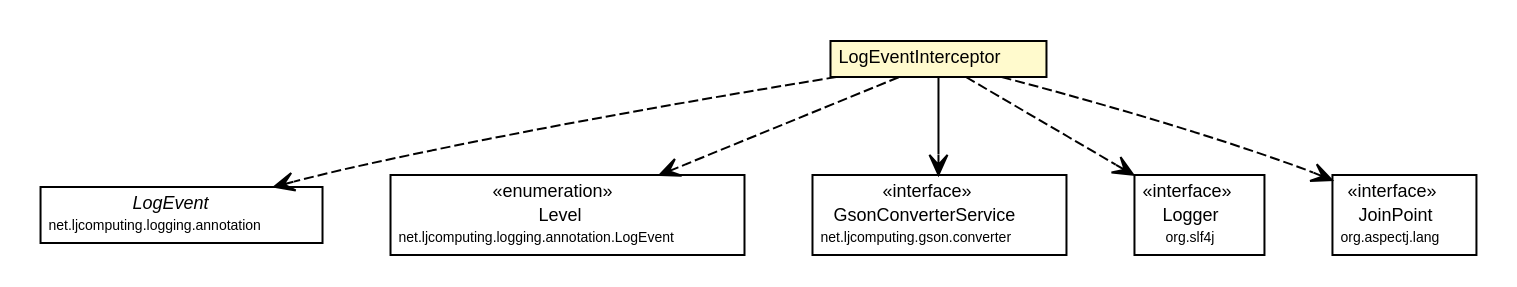
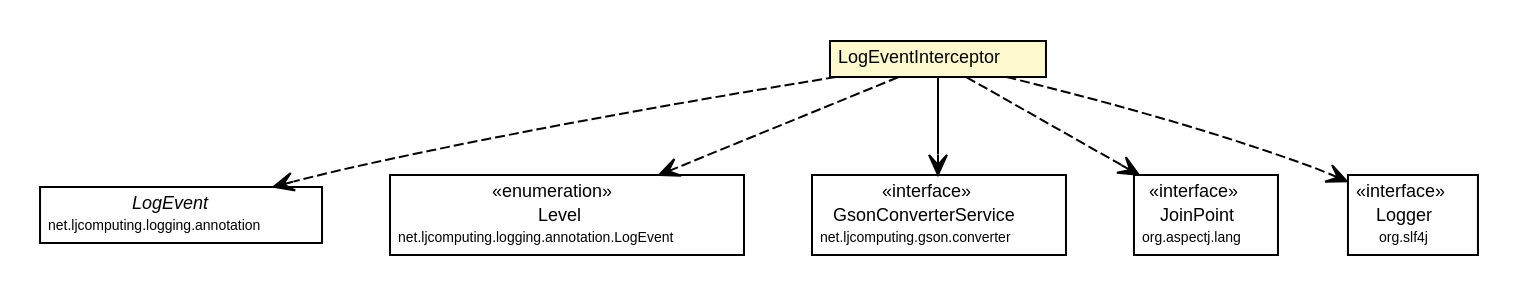
Before and after one commit to willmorejg/net.ljcomputing.logging: the diagram in docs/javadoc/apidocs/net/ljcomputing/logging/LogEventInterceptor.dot, drawn with Graphviz. The commit also changed 46 other files, not shown here.

```diff
--- a/docs/javadoc/apidocs/net/ljcomputing/logging/LogEventInterceptor.dot
+++ b/docs/javadoc/apidocs/net/ljcomputing/logging/LogEventInterceptor.dot
@@ -1,67 +1,67 @@
 #!/usr/local/bin/dot
 #
 # Class diagram 
 # Generated by UMLGraph version R5_6 (http://www.umlgraph.org/)
 #
 
 digraph G {
 	edge [fontname="Helvetica",fontsize=10,labelfontname="Helvetica",labelfontsize=10];
 	node [fontname="Helvetica",fontsize=10,shape=plaintext];
 	nodesep=0.25;
 	ranksep=0.5;
 	// net.ljcomputing.logging.LogEventInterceptor
 	c80 [label=<<table title="net.ljcomputing.logging.LogEventInterceptor" border="0" cellborder="1" cellspacing="0" cellpadding="2" port="p" bgcolor="lemonChiffon" href="./LogEventInterceptor.html">
 		<tr><td><table border="0" cellspacing="0" cellpadding="1">
 <tr><td align="center" balign="center"> LogEventInterceptor </td></tr>
 		</table></td></tr>
 		</table>>, URL="./LogEventInterceptor.html", fontname="Helvetica", fontcolor="black", fontsize=9.0];
 	// net.ljcomputing.logging.annotation.LogEvent
 	c82 [label=<<table title="net.ljcomputing.logging.annotation.LogEvent" border="0" cellborder="1" cellspacing="0" cellpadding="2" port="p" href="./annotation/LogEvent.html">
 		<tr><td><table border="0" cellspacing="0" cellpadding="1">
 <tr><td align="center" balign="center"><font face="Helvetica-Oblique"> LogEvent </font></td></tr>
 <tr><td align="center" balign="center"><font point-size="7.0"> net.ljcomputing.logging.annotation </font></td></tr>
 		</table></td></tr>
 		</table>>, URL="./annotation/LogEvent.html", fontname="Helvetica", fontcolor="black", fontsize=9.0];
 	// net.ljcomputing.logging.annotation.LogEvent.Level
 	c83 [label=<<table title="net.ljcomputing.logging.annotation.LogEvent.Level" border="0" cellborder="1" cellspacing="0" cellpadding="2" port="p" href="./annotation/LogEvent.Level.html">
 		<tr><td><table border="0" cellspacing="0" cellpadding="1">
 <tr><td align="center" balign="center"> &#171;enumeration&#187; </td></tr>
 <tr><td align="center" balign="center"> Level </td></tr>
 <tr><td align="center" balign="center"><font point-size="7.0"> net.ljcomputing.logging.annotation.LogEvent </font></td></tr>
 		</table></td></tr>
 		</table>>, URL="./annotation/LogEvent.Level.html", fontname="Helvetica", fontcolor="black", fontsize=9.0];
 	// net.ljcomputing.logging.LogEventInterceptor NAVASSOC net.ljcomputing.gson.converter.GsonConverterService
 	c80:p -> c86:p [taillabel="", label="", headlabel="", fontname="Helvetica", fontcolor="black", fontsize=10.0, color="black", arrowhead=open];
+	// net.ljcomputing.logging.LogEventInterceptor DEPEND org.aspectj.lang.JoinPoint
+	c80:p -> c87:p [taillabel="", label="", headlabel="", fontname="Helvetica", fontcolor="black", fontsize=10.0, color="black", arrowhead=open, style=dashed];
+	// net.ljcomputing.logging.LogEventInterceptor DEPEND net.ljcomputing.logging.annotation.LogEvent
+	c80:p -> c82:p [taillabel="", label="", headlabel="", fontname="Helvetica", fontcolor="black", fontsize=10.0, color="black", arrowhead=open, style=dashed];
 	// net.ljcomputing.logging.LogEventInterceptor DEPEND org.slf4j.Logger
-	c80:p -> c87:p [taillabel="", label="", headlabel="", fontname="Helvetica", fontcolor="black", fontsize=10.0, color="black", arrowhead=open, style=dashed];
-	// net.ljcomputing.logging.LogEventInterceptor DEPEND org.aspectj.lang.JoinPoint
 	c80:p -> c88:p [taillabel="", label="", headlabel="", fontname="Helvetica", fontcolor="black", fontsize=10.0, color="black", arrowhead=open, style=dashed];
 	// net.ljcomputing.logging.LogEventInterceptor DEPEND net.ljcomputing.logging.annotation.LogEvent.Level
 	c80:p -> c83:p [taillabel="", label="", headlabel="", fontname="Helvetica", fontcolor="black", fontsize=10.0, color="black", arrowhead=open, style=dashed];
-	// net.ljcomputing.logging.LogEventInterceptor DEPEND net.ljcomputing.logging.annotation.LogEvent
-	c80:p -> c82:p [taillabel="", label="", headlabel="", fontname="Helvetica", fontcolor="black", fontsize=10.0, color="black", arrowhead=open, style=dashed];
 	// org.slf4j.Logger
-	c87 [label=<<table title="org.slf4j.Logger" border="0" cellborder="1" cellspacing="0" cellpadding="2" port="p" href="http://java.sun.com/j2se/1.4.2/docs/api/org/slf4j/Logger.html">
+	c88 [label=<<table title="org.slf4j.Logger" border="0" cellborder="1" cellspacing="0" cellpadding="2" port="p" href="http://java.sun.com/j2se/1.4.2/docs/api/org/slf4j/Logger.html">
 		<tr><td><table border="0" cellspacing="0" cellpadding="1">
 <tr><td align="center" balign="center"> &#171;interface&#187; </td></tr>
 <tr><td align="center" balign="center"> Logger </td></tr>
 <tr><td align="center" balign="center"><font point-size="7.0"> org.slf4j </font></td></tr>
 		</table></td></tr>
 		</table>>, URL="http://java.sun.com/j2se/1.4.2/docs/api/org/slf4j/Logger.html", fontname="Helvetica", fontcolor="black", fontsize=9.0];
 	// net.ljcomputing.gson.converter.GsonConverterService
 	c86 [label=<<table title="net.ljcomputing.gson.converter.GsonConverterService" border="0" cellborder="1" cellspacing="0" cellpadding="2" port="p" href="http://java.sun.com/j2se/1.4.2/docs/api/net/ljcomputing/gson/converter/GsonConverterService.html">
 		<tr><td><table border="0" cellspacing="0" cellpadding="1">
 <tr><td align="center" balign="center"> &#171;interface&#187; </td></tr>
 <tr><td align="center" balign="center"> GsonConverterService </td></tr>
 <tr><td align="center" balign="center"><font point-size="7.0"> net.ljcomputing.gson.converter </font></td></tr>
 		</table></td></tr>
 		</table>>, URL="http://java.sun.com/j2se/1.4.2/docs/api/net/ljcomputing/gson/converter/GsonConverterService.html", fontname="Helvetica", fontcolor="black", fontsize=9.0];
 	// org.aspectj.lang.JoinPoint
-	c88 [label=<<table title="org.aspectj.lang.JoinPoint" border="0" cellborder="1" cellspacing="0" cellpadding="2" port="p" href="http://java.sun.com/j2se/1.4.2/docs/api/org/aspectj/lang/JoinPoint.html">
+	c87 [label=<<table title="org.aspectj.lang.JoinPoint" border="0" cellborder="1" cellspacing="0" cellpadding="2" port="p" href="http://java.sun.com/j2se/1.4.2/docs/api/org/aspectj/lang/JoinPoint.html">
 		<tr><td><table border="0" cellspacing="0" cellpadding="1">
 <tr><td align="center" balign="center"> &#171;interface&#187; </td></tr>
 <tr><td align="center" balign="center"> JoinPoint </td></tr>
 <tr><td align="center" balign="center"><font point-size="7.0"> org.aspectj.lang </font></td></tr>
 		</table></td></tr>
 		</table>>, URL="http://java.sun.com/j2se/1.4.2/docs/api/org/aspectj/lang/JoinPoint.html", fontname="Helvetica", fontcolor="black", fontsize=9.0];
 }
```
